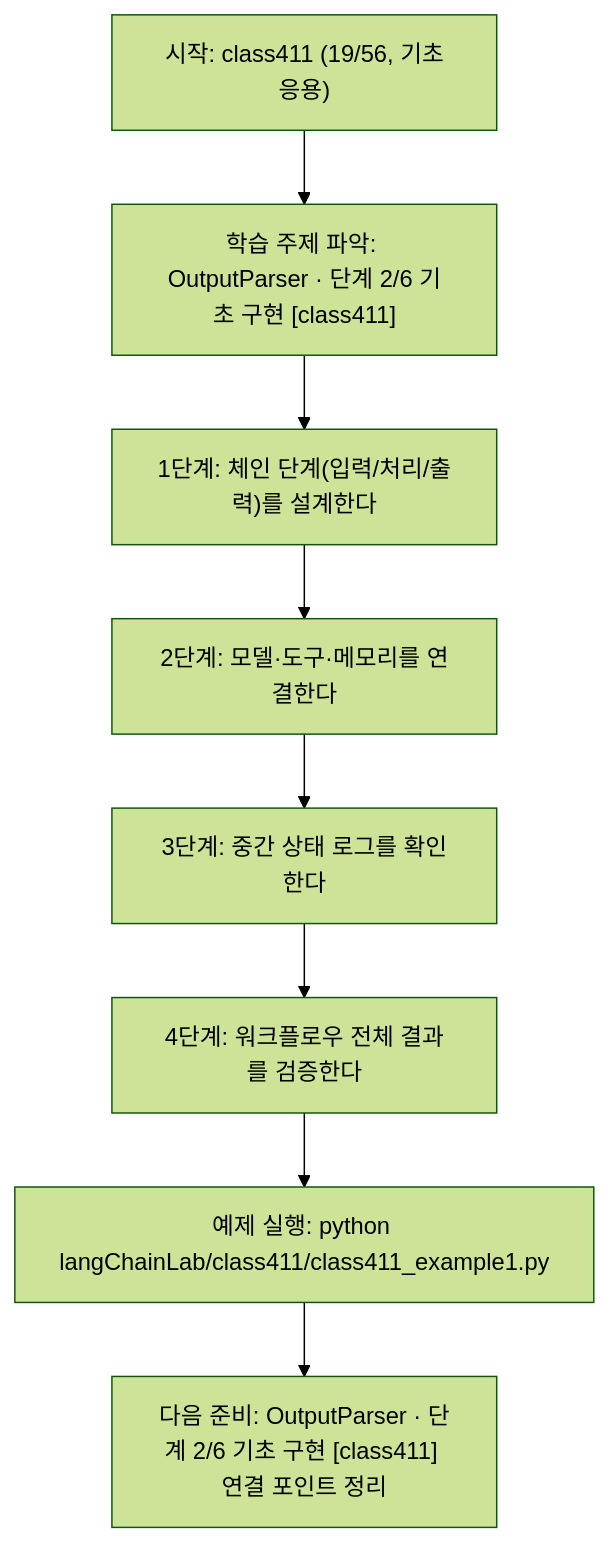
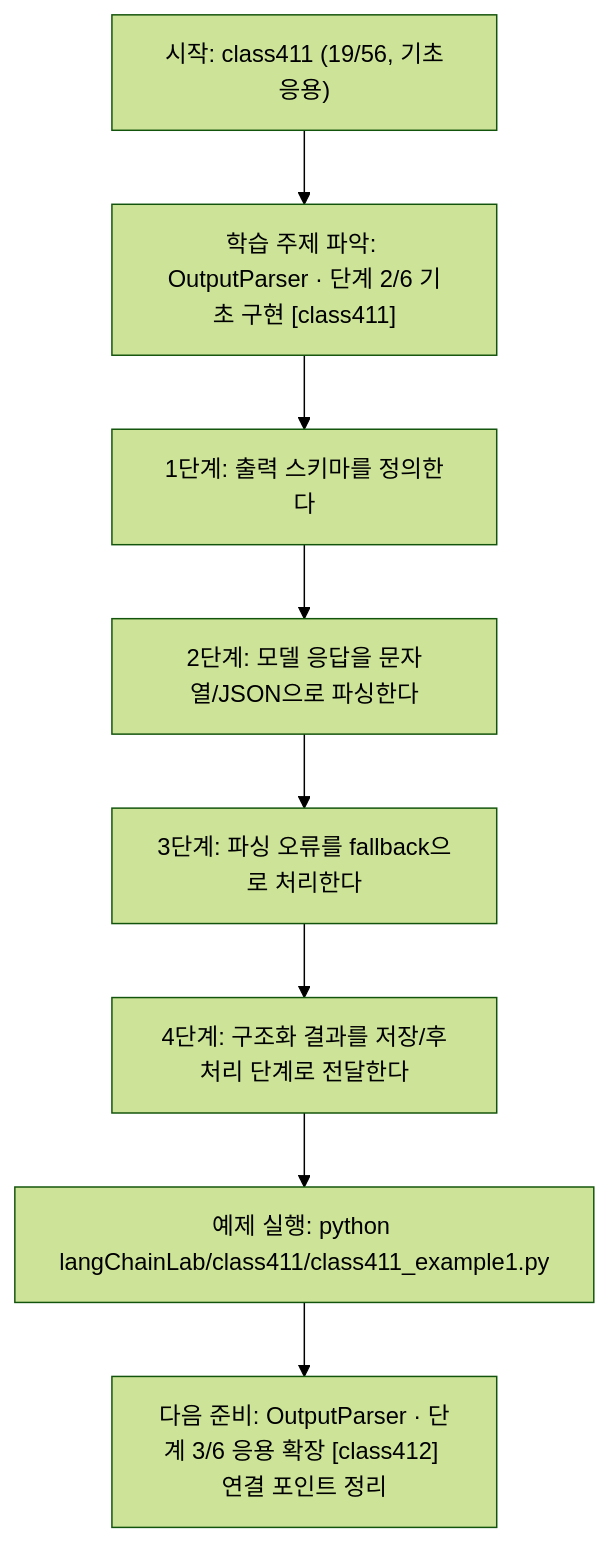
One commit to edumgt/Python-AI_Agent-Class changed the diagram in langChainLab/class411/class411.md. Above: the diagram before and after it, drawn with Mermaid (forest theme). The commit also changed other lines of this file and 395 other files, not shown here.

````diff
--- a/langChainLab/class411/class411.md
+++ b/langChainLab/class411/class411.md
@@ -108,18 +90,18 @@
 ```mermaid
 flowchart TD
 N1["시작: class411 (19/56, 기초응용)"]
 N2["학습 주제 파악: OutputParser · 단계 2/6 기초 구현 [class411]"]
-N3["1단계: 체인 단계(입력/처리/출력)를 설계한다"]
-N4["2단계: 모델·도구·메모리를 연결한다"]
-N5["3단계: 중간 상태 로그를 확인한다"]
-N6["4단계: 워크플로우 전체 결과를 검증한다"]
+N3["1단계: 출력 스키마를 정의한다"]
+N4["2단계: 모델 응답을 문자열/JSON으로 파싱한다"]
+N5["3단계: 파싱 오류를 fallback으로 처리한다"]
+N6["4단계: 구조화 결과를 저장/후처리 단계로 전달한다"]
 N7["예제 실행: python langChainLab/class411/class411_example1.py"]
-N8["다음 준비: OutputParser · 단계 2/6 기초 구현 [class411] 연결 포인트 정리"]
+N8["다음 준비: OutputParser · 단계 3/6 응용 확장 [class412] 연결 포인트 정리"]
 N1 --> N2
 N2 --> N3
 N3 --> N4
 N4 --> N5
 N5 --> N6
 N6 --> N7
 N7 --> N8
 ```
````
